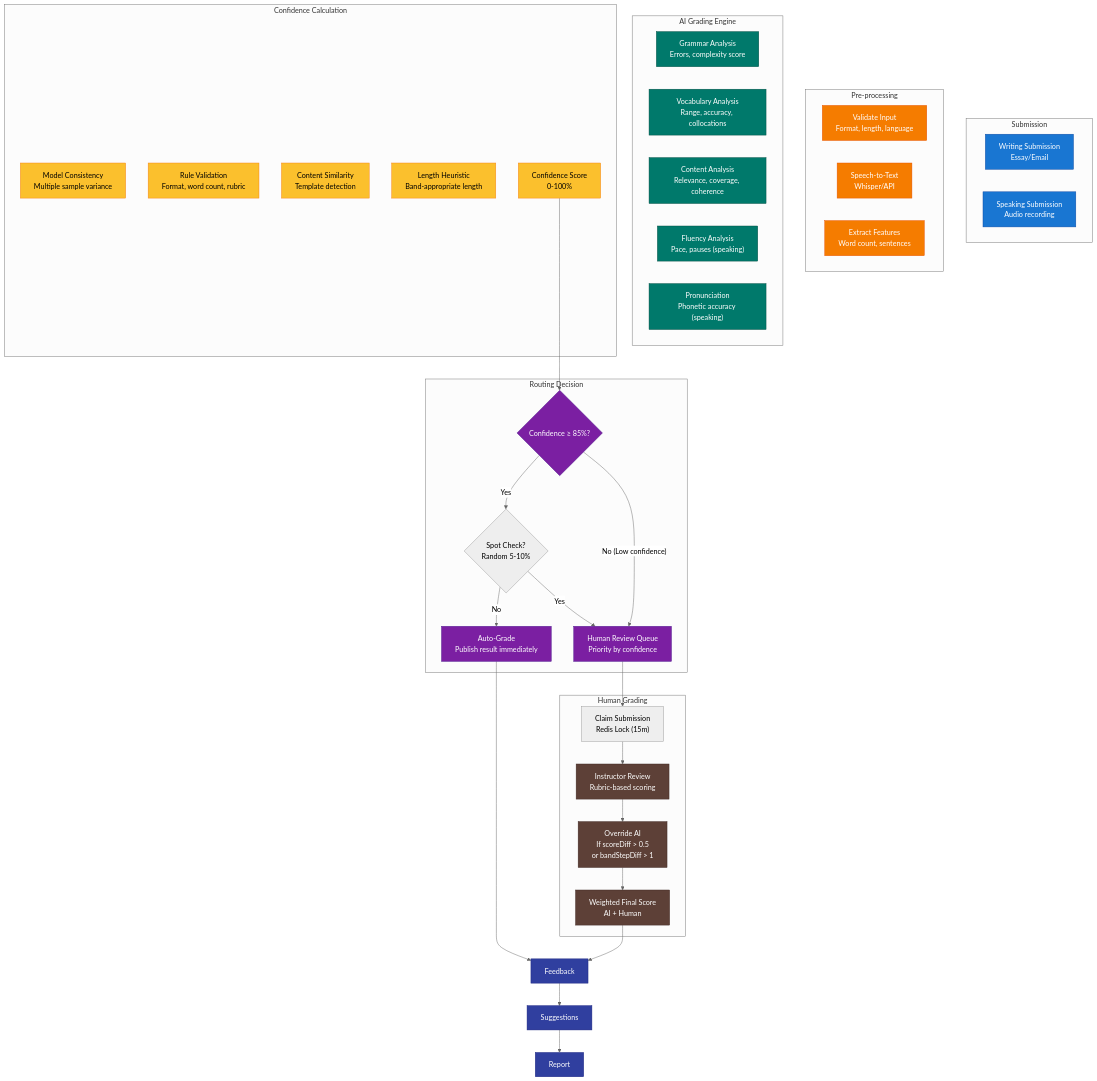
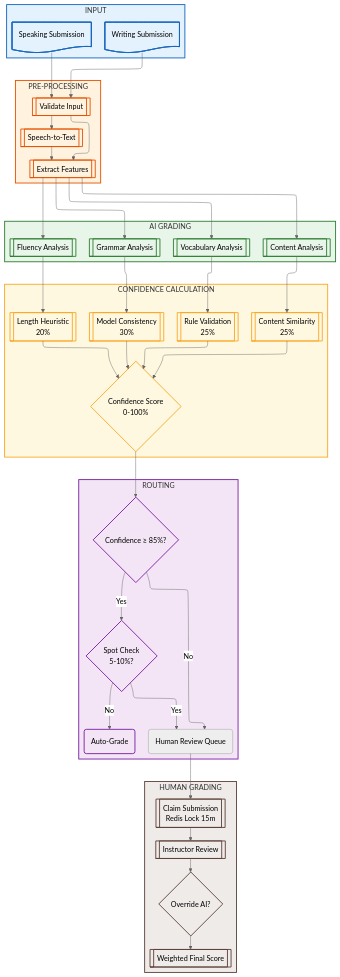
Before and after one commit to nghyane/VSTEP: the eighth of 12 diagrams in docs/capstone/diagrams/flow-diagrams.vi.md, drawn with Mermaid (neutral theme). The commit also changed other lines of this file, not shown here.

First line of the commit message:
refactor(docs): update flow diagrams to Mermaid v11

````diff
--- a/docs/capstone/diagrams/flow-diagrams.vi.md
+++ b/docs/capstone/diagrams/flow-diagrams.vi.md
@@ -520,78 +400,82 @@
 ```mermaid
+---
+config:
+  layout: elk
+---
 flowchart TB
-    subgraph Input ["Submission"]
-        Writing["Writing Submission<br/>Essay/Email"]
-        Speaking["Speaking Submission<br/>Audio recording"]
+    subgraph Input["INPUT"]
+        Writing@{ shape: doc, label: "Writing Submission" }
+        Speaking@{ shape: doc, label: "Speaking Submission" }
     end
 
-    subgraph Preprocess ["Pre-processing"]
-        Validate["Validate Input<br/>Format, length, language"]
-        Transcribe["Speech-to-Text<br/>Whisper/API"]
-        Extract["Extract Features<br/>Word count, sentences"]
+    subgraph Preprocess["PRE-PROCESSING"]
+        Validate@{ shape: fr-rect, label: "Validate Input" }
+        Transcribe@{ shape: fr-rect, label: "Speech-to-Text" }
+        Extract@{ shape: fr-rect, label: "Extract Features" }
     end
 
-    subgraph AIGrading ["AI Grading Engine"]
-        GrammarCheck["Grammar Analysis<br/>Errors, complexity score"]
-        VocabCheck["Vocabulary Analysis<br/>Range, accuracy, collocations"]
-        ContentCheck["Content Analysis<br/>Relevance, coverage, coherence"]
-        FluencyCheck["Fluency Analysis<br/>Pace, pauses (speaking)"]
-        Pronunciation["Pronunciation<br/>Phonetic accuracy (speaking)"]
+    subgraph AIGrading["AI GRADING"]
+        direction TB
+        Grammar@{ shape: fr-rect, label: "Grammar Analysis" }
+        Vocab@{ shape: fr-rect, label: "Vocabulary Analysis" }
+        Content@{ shape: fr-rect, label: "Content Analysis" }
+        Fluency@{ shape: fr-rect, label: "Fluency Analysis" }
     end
 
-    subgraph ConfidenceCalc ["Confidence Calculation"]
-        ModelConsistency["Model Consistency<br/>Multiple sample variance"]
-        RuleValidation["Rule Validation<br/>Format, word count, rubric"]
-        ContentSimilarity["Content Similarity<br/>Template detection"]
-        LengthHeuristic["Length Heuristic<br/>Band-appropriate length"]
-        ConfidenceScore["Confidence Score<br/>0-100%"]
+    subgraph Confidence["CONFIDENCE CALCULATION"]
+        ModelCons@{ shape: fr-rect, label: "Model Consistency<br/>30%" }
+        RuleVal@{ shape: fr-rect, label: "Rule Validation<br/>25%" }
+        ContentSim@{ shape: fr-rect, label: "Content Similarity<br/>25%" }
+        LengthHeur@{ shape: fr-rect, label: "Length Heuristic<br/>20%" }
+        Score@{ shape: diam, label: "Confidence Score\n0-100%" }
     end
 
-    subgraph Routing ["Routing Decision"]
-        Threshold{"Confidence ≥ 85%?"}
-        SpotCheck{"Spot Check?<br/>Random 5-10%"}
-        AutoGrade["Auto-Grade<br/>Publish result immediately"]
-        HumanQueue["Human Review Queue<br/>Priority by confidence"]
+    subgraph Routing["ROUTING"]
+        Threshold@{ shape: diam, label: "Confidence ≥ 85%?" }
+        SpotCheck@{ shape: diam, label: "Spot Check<br/>5-10%?" }
+        Auto@{ shape: rounded, label: "Auto-Grade" }
+        Human@{ shape: rounded, label: "Human Review Queue" }
     end
 
-    subgraph HumanGrading ["Human Grading"]
-        Claim["Claim Submission<br/>Redis Lock (15m)"]
-        InstructorReview["Instructor Review<br/>Rubric-based scoring"]
-        Override["Override AI<br/>If scoreDiff > 0.5<br/>or bandStepDiff > 1"]
-        WeightedScore["Weighted Final Score<br/>AI + Human"]
+    subgraph HumanGrading["HUMAN GRADING"]
+        Claim@{ shape: fr-rect, label: "Claim Submission<br/>Redis Lock 15m" }
+        Review@{ shape: fr-rect, label: "Instructor Review" }
+        Override@{ shape: diam, label: "Override AI?" }
+        Weighted@{ shape: fr-rect, label: "Weighted Final Score" }
     end
 
-    %% Routing
-    ConfidenceScore --> Threshold
+    Writing --> Validate --> Extract
+    Speaking --> Validate --> Transcribe --> Extract
+    
+    Extract --> Grammar --> ModelCons
+    Extract --> Vocab --> RuleVal
+    Extract --> Content --> ContentSim
+    Extract --> Fluency --> LengthHeur
+    
+    ModelCons --> Score
+    RuleVal --> Score
+    ContentSim --> Score
+    LengthHeur --> Score
+    
+    Score --> Threshold
     Threshold -->|"Yes"| SpotCheck
-    SpotCheck -->|"No"| AutoGrade
-    SpotCheck -->|"Yes"| HumanQueue
-    Threshold -->|"No (Low confidence)"| HumanQueue
+    SpotCheck -->|"No"| Auto
+    SpotCheck -->|"Yes"| Human
+    Threshold -->|"No"| Human
+    
+    Human --> Claim --> Review --> Override --> Weighted
 
-    %% Human grading flow
-    HumanQueue --> Claim
-    Claim --> InstructorReview
-    InstructorReview --> Override
-    Override --> WeightedScore
+    classDef input fill:#e3f2fd,stroke:#1565c0,stroke-width:2px
+    classDef process fill:#fff3e0,stroke:#e65100,stroke-width:2px
+    classDef ai fill:#e8f5e9,stroke:#2e7d32,stroke-width:2px
+    classDef conf fill:#fff8e1,stroke:#f9a825,stroke-width:2px
+    classDef route fill:#f3e5f5,stroke:#7b1fa2,stroke-width:2px
+    classDef human fill:#efebe9,stroke:#5d4037,stroke-width:2px
 
-    %% Final output
-    AutoGrade --> Feedback
-    WeightedScore --> Feedback
-    Feedback --> Suggestions
-    Suggestions --> Report
-
-    classDef input fill:#1976d2,stroke:#0d47a1,color:#fff
-    classDef preprocess fill:#f57c00,stroke:#e65100,color:#fff
-    classDef ai fill:#00796b,stroke:#004d40,color:#fff
-    classDef confidence fill:#fbc02d,stroke:#f57f17,color:#000
-    classDef routing fill:#7b1fa2,stroke:#4a148c,color:#fff
-    classDef human fill:#5d4037,stroke:#3e2723,color:#fff
-    classDef output fill:#303f9f,stroke:#1a237e,color:#fff
-
-    class Writing,Speaking input
-    class Validate,Transcribe,Extract preprocess
-    class GrammarCheck,VocabCheck,ContentCheck,FluencyCheck,Pronunciation ai
-    class ModelConsistency,RuleValidation,ContentSimilarity,LengthHeuristic,ConfidenceScore confidence
-    class Threshold,AutoGrade,HumanQueue routing
-    class InstructorReview,Override,WeightedScore human
-    class Feedback,Suggestions,Report output
+    class Input,Writing,Speaking input
+    class Preprocess,Validate,Transcribe,Extract process
+    class AIGrading,Grammar,Vocab,Content,Fluency ai
+    class Confidence,ModelCons,RuleVal,ContentSim,LengthHeur,Score conf
+    class Routing,Threshold,SpotCheck,Auto route
+    class HumanGrading,Claim,Review,Override,Weighted human
 ```
````
